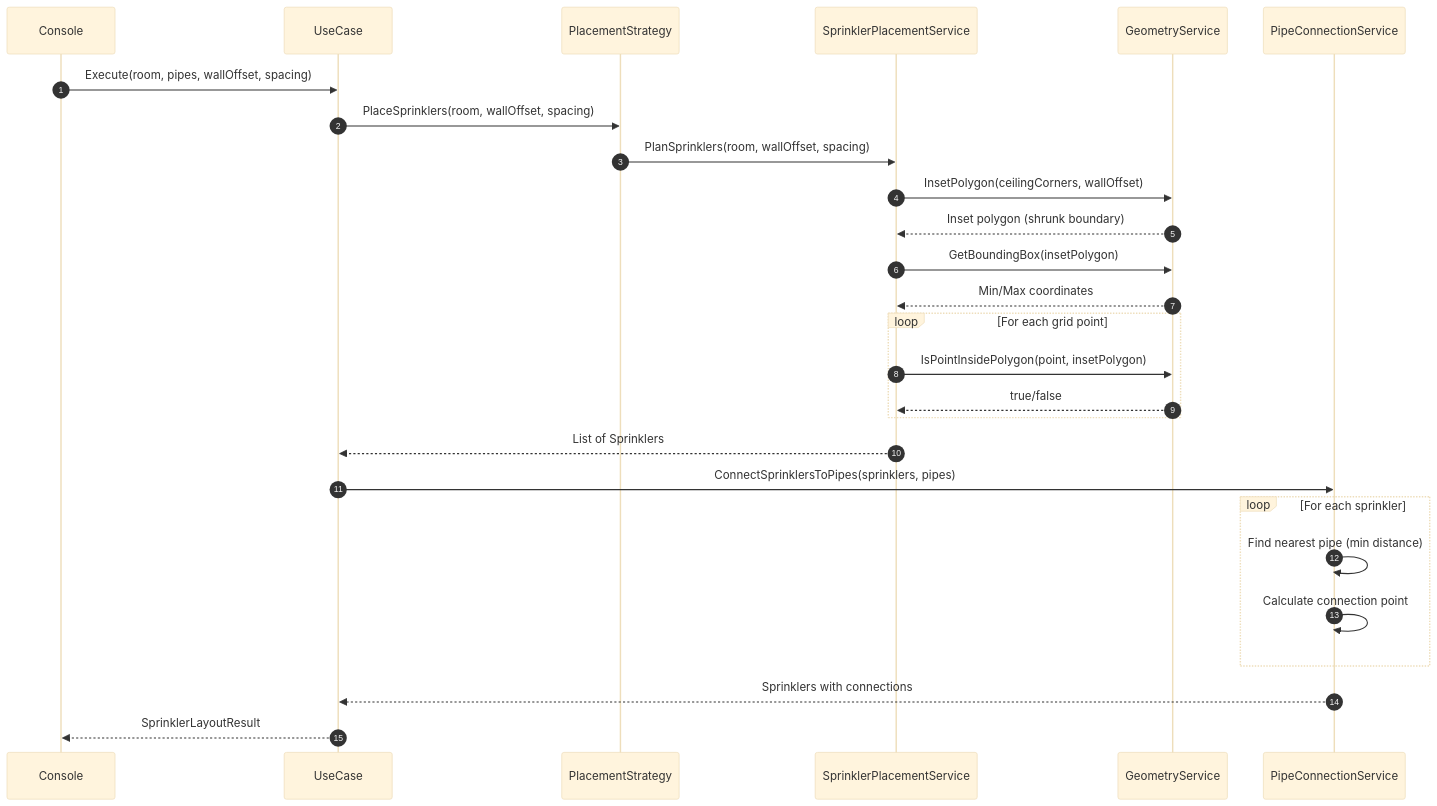
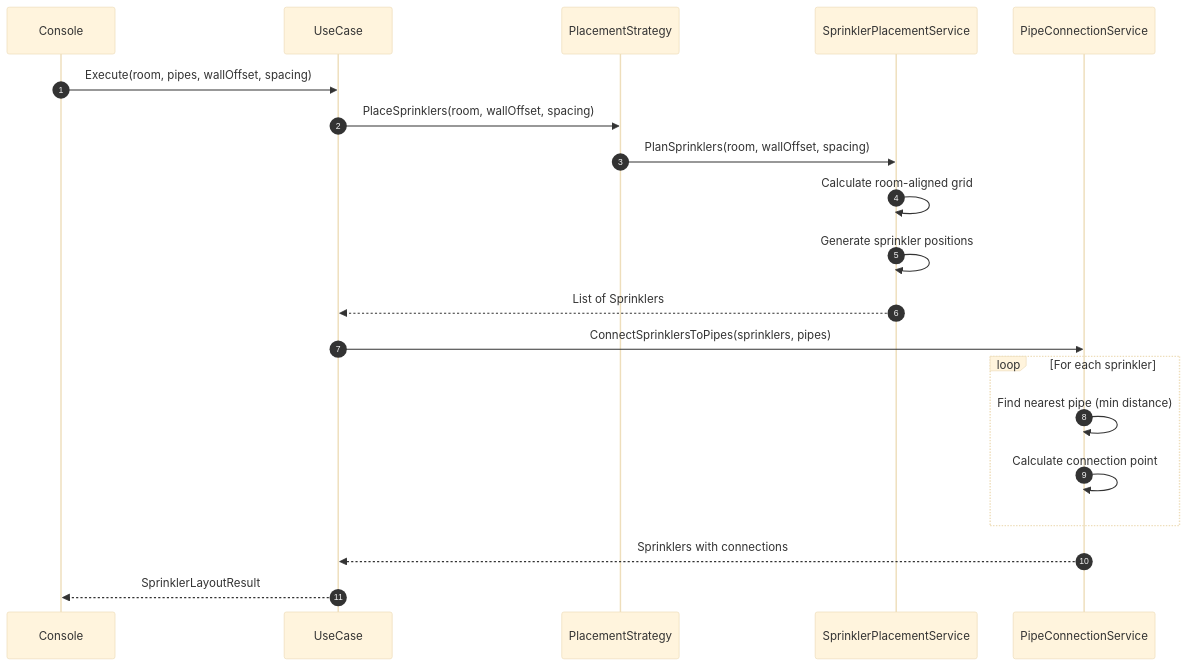
The second of 2 diagrams in README.md (Tanvir1526/FireSprinkler), drawn with Mermaid (base theme) before and after one commit. The commit also changed other lines of this file and 10 other files, not shown here.

````diff
--- a/README.md
+++ b/README.md
@@ -85,30 +81,23 @@
 ```mermaid
 sequenceDiagram
     autonumber
     participant C as Console
     participant UC as UseCase
     participant PS as PlacementStrategy
     participant SP as SprinklerPlacementService
-    participant GS as GeometryService
     participant PC as PipeConnectionService
 
     C->>UC: Execute(room, pipes, wallOffset, spacing)
-    UC->>PS: PlaceSprinklers(room, wallOffset, spacing)
-    PS->>SP: PlanSprinklers(room, wallOffset, spacing)
-    SP->>GS: InsetPolygon(ceilingCorners, wallOffset)
-    GS-->>SP: Inset polygon (shrunk boundary)
-    SP->>GS: GetBoundingBox(insetPolygon)
-    GS-->>SP: Min/Max coordinates
-    loop For each grid point
-        SP->>GS: IsPointInsidePolygon(point, insetPolygon)
-        GS-->>SP: true/false
-    end
-    SP-->>UC: List of Sprinklers
-    UC->>PC: ConnectSprinklersToPipes(sprinklers, pipes)
-    loop For each sprinkler
-        PC->>PC: Find nearest pipe (min distance)
-        PC->>PC: Calculate connection point
-    end
-    PC-->>UC: Sprinklers with connections
-    UC-->>C: SprinklerLayoutResult
+UC->>PS: PlaceSprinklers(room, wallOffset, spacing)
+PS->>SP: PlanSprinklers(room, wallOffset, spacing)
+SP->>SP: Calculate room-aligned grid
+SP->>SP: Generate sprinkler positions
+SP-->>UC: List of Sprinklers
+UC->>PC: ConnectSprinklersToPipes(sprinklers, pipes)
+loop For each sprinkler
+    PC->>PC: Find nearest pipe (min distance)
+    PC->>PC: Calculate connection point
+end
+PC-->>UC: Sprinklers with connections
+UC-->>C: SprinklerLayoutResult
 ```
````
